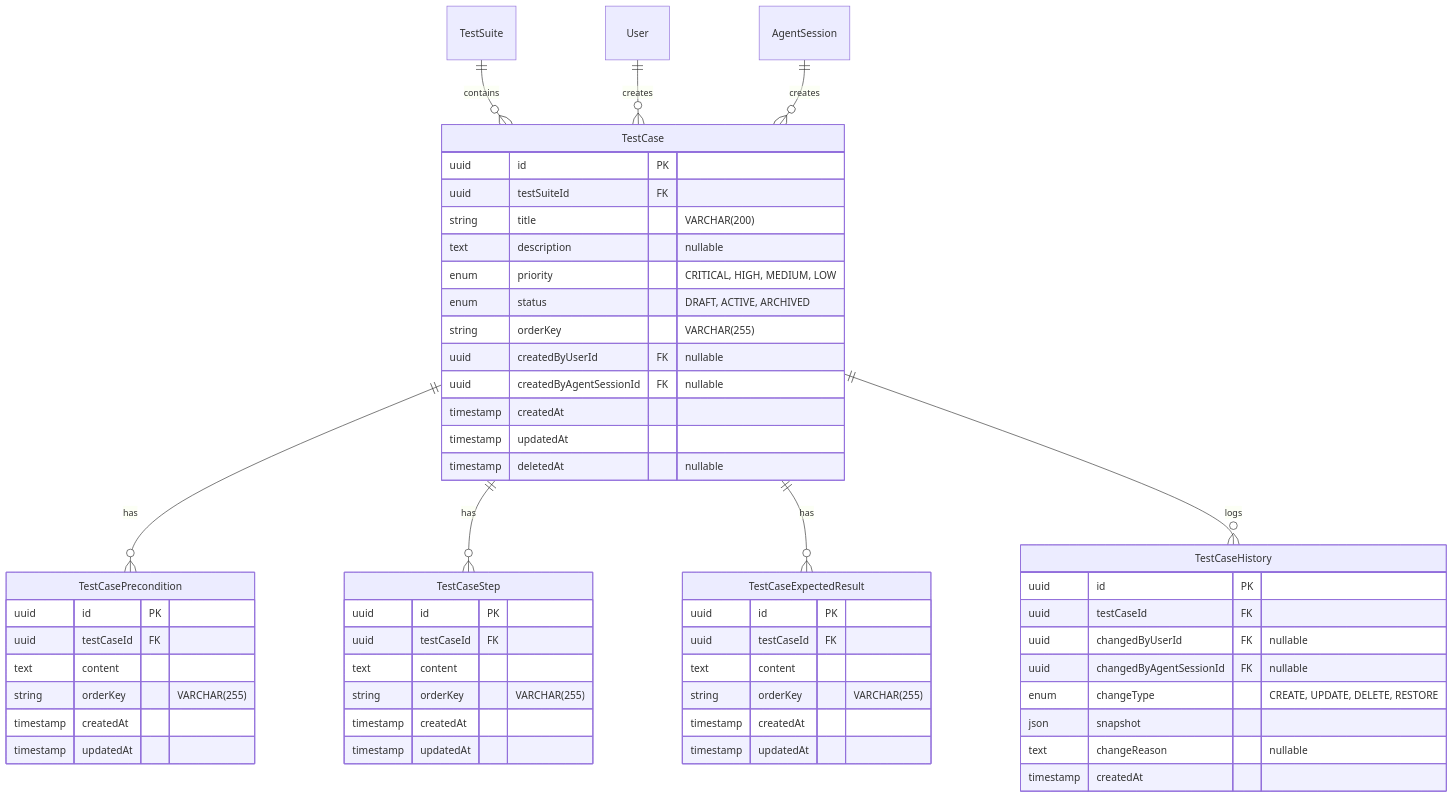
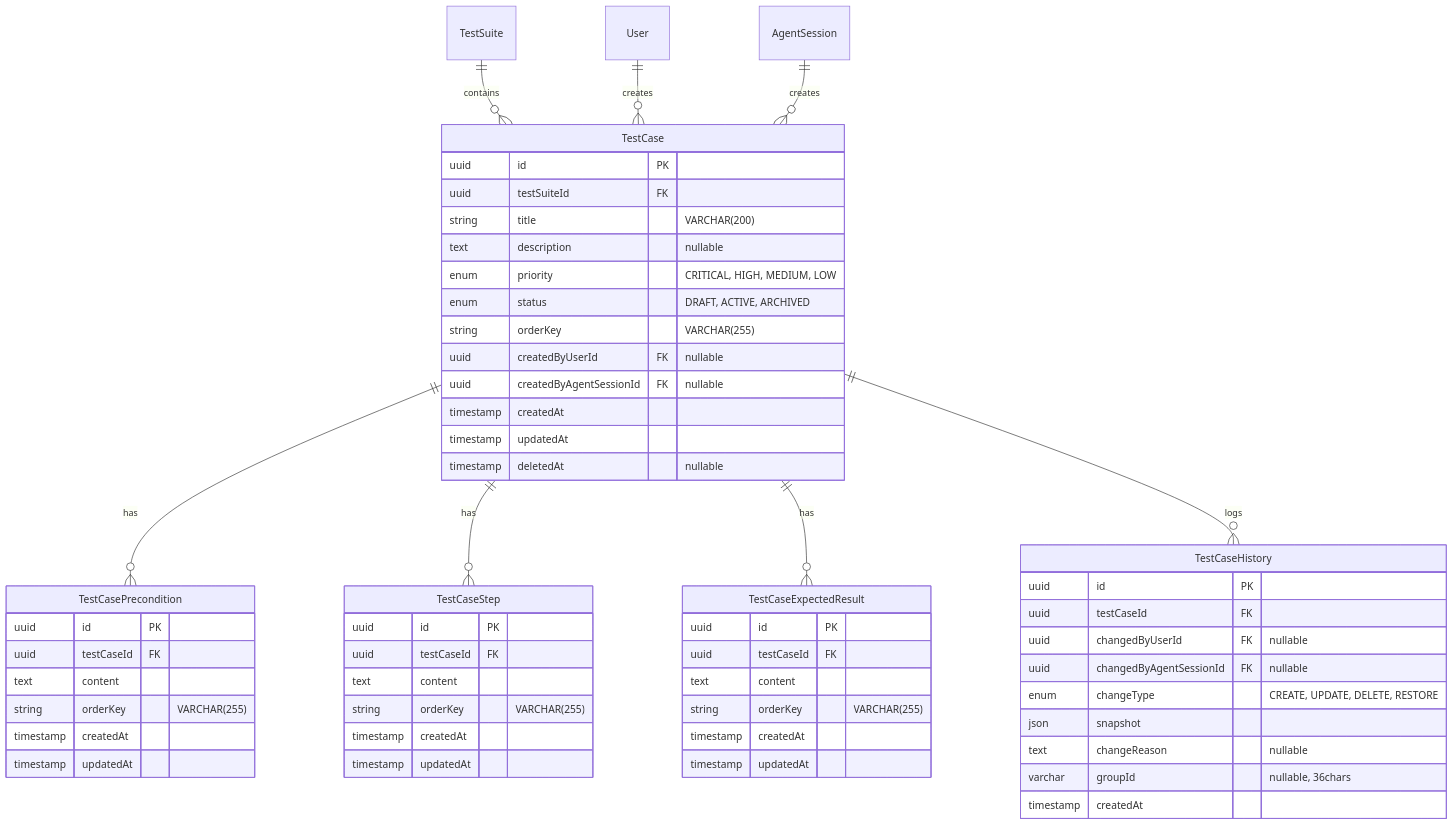
One commit to tsutsumi389/agentest changed the sixth of 6 diagrams in docs/architecture/features/test-case-management.md. Above: the diagram before and after it, drawn with Mermaid. The commit also changed other lines of this file and 1 other file, not shown here.

````diff
--- a/docs/architecture/features/test-case-management.md
+++ b/docs/architecture/features/test-case-management.md
@@ -283,63 +304,64 @@
 ```mermaid
 erDiagram
     TestSuite ||--o{ TestCase : "contains"
     TestCase ||--o{ TestCasePrecondition : "has"
     TestCase ||--o{ TestCaseStep : "has"
     TestCase ||--o{ TestCaseExpectedResult : "has"
     TestCase ||--o{ TestCaseHistory : "logs"
     User ||--o{ TestCase : "creates"
     AgentSession ||--o{ TestCase : "creates"
 
     TestCase {
         uuid id PK
         uuid testSuiteId FK
         string title "VARCHAR(200)"
         text description "nullable"
         enum priority "CRITICAL, HIGH, MEDIUM, LOW"
         enum status "DRAFT, ACTIVE, ARCHIVED"
         string orderKey "VARCHAR(255)"
         uuid createdByUserId FK "nullable"
         uuid createdByAgentSessionId FK "nullable"
         timestamp createdAt
         timestamp updatedAt
         timestamp deletedAt "nullable"
     }
 
     TestCasePrecondition {
         uuid id PK
         uuid testCaseId FK
         text content
         string orderKey "VARCHAR(255)"
         timestamp createdAt
         timestamp updatedAt
     }
 
     TestCaseStep {
         uuid id PK
         uuid testCaseId FK
         text content
         string orderKey "VARCHAR(255)"
         timestamp createdAt
         timestamp updatedAt
     }
 
     TestCaseExpectedResult {
         uuid id PK
         uuid testCaseId FK
         text content
         string orderKey "VARCHAR(255)"
         timestamp createdAt
         timestamp updatedAt
     }
 
     TestCaseHistory {
         uuid id PK
         uuid testCaseId FK
         uuid changedByUserId FK "nullable"
         uuid changedByAgentSessionId FK "nullable"
         enum changeType "CREATE, UPDATE, DELETE, RESTORE"
         json snapshot
         text changeReason "nullable"
+        varchar groupId "nullable, 36chars"
         timestamp createdAt
     }
 ```
````
